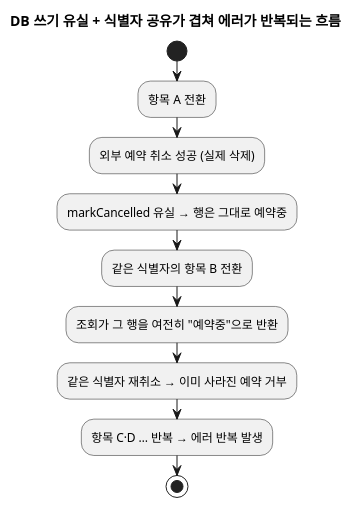
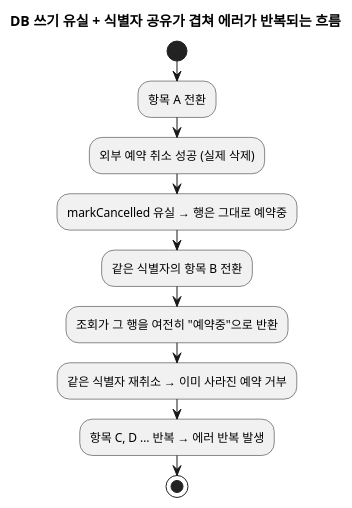
One commit to johnycho/johny-dev changed the second of 2 diagrams in blog/2026-10-08-after-commit-listener-db-write-loss.mdx. Above: the diagram before and after it, drawn with PlantUML. The commit also changed other lines of this file and 188 other files, not shown here.

````diff
--- a/blog/2026-10-08-after-commit-listener-db-write-loss.mdx
+++ b/blog/2026-10-08-after-commit-listener-db-write-loss.mdx
@@ -130,14 +130,14 @@
 ```plantuml
 @startuml
 title DB 쓰기 유실 + 식별자 공유가 겹쳐 에러가 반복되는 흐름
 start
 :항목 A 전환;
 :외부 예약 취소 성공 (실제 삭제);
 :markCancelled 유실 → 행은 그대로 예약중;
 :같은 식별자의 항목 B 전환;
 :조회가 그 행을 여전히 "예약중"으로 반환;
 :같은 식별자 재취소 → 이미 사라진 예약 거부;
-:항목 C·D … 반복 → 에러 반복 발생;
+:항목 C, D … 반복 → 에러 반복 발생;
 stop
 @enduml
 ```
````
